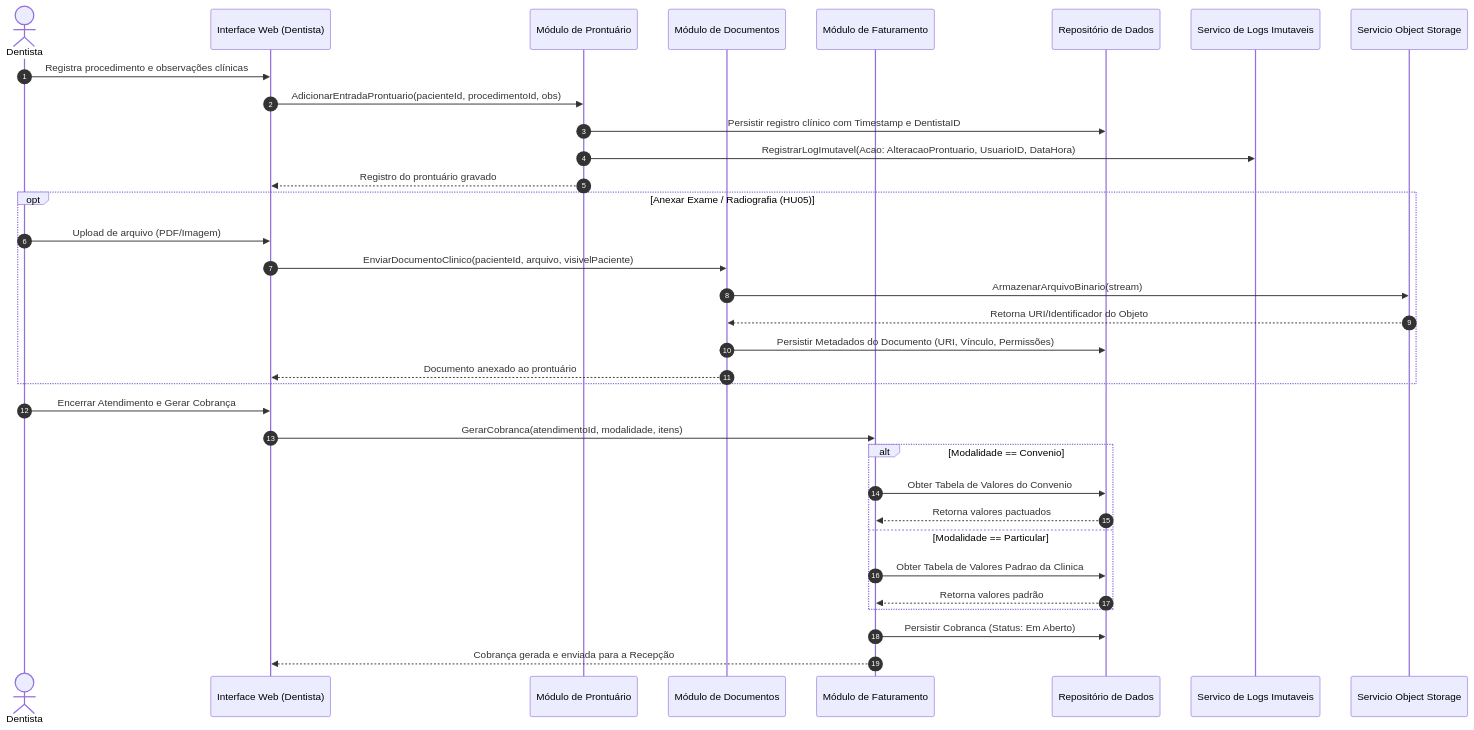
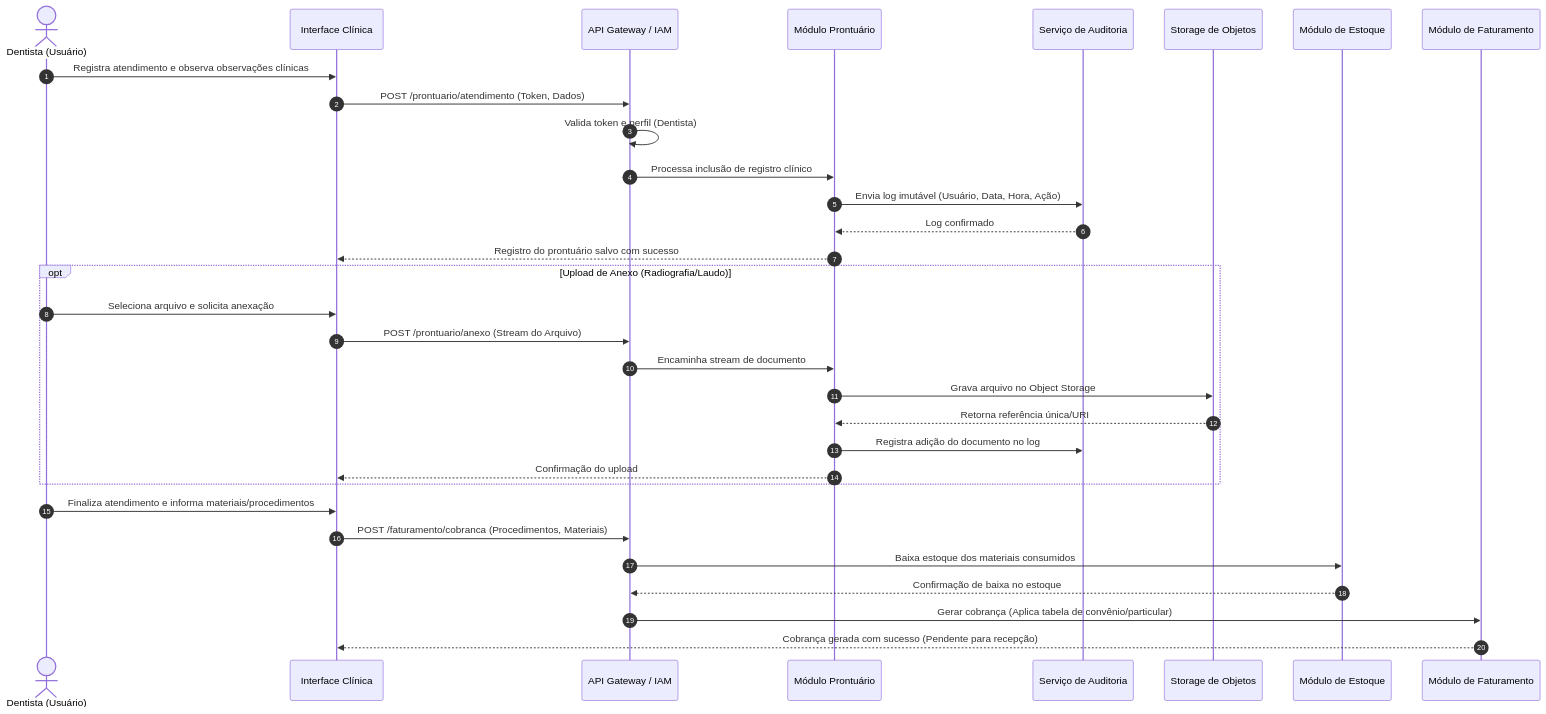
Before and after one commit to PDC-ESIA/AI4ES: the second of 2 diagrams in docs/Time_2_Design/analise-qualitativa/outputs/relatorio_gemini_3_6_flash_M02.md, drawn with Mermaid. The commit also changed other lines of this file and 107 other files, not shown here.

````diff
--- a/docs/Time_2_Design/analise-qualitativa/outputs/relatorio_gemini_3_6_flash_M02.md
+++ b/docs/Time_2_Design/analise-qualitativa/outputs/relatorio_gemini_3_6_flash_M02.md
@@ -115,41 +87,37 @@
 ```mermaid
 sequenceDiagram
     autonumber
-    actor Den as Dentista
-    participant UI as Interface Web (Dentista)
-    participant Pront as Módulo de Prontuário
-    participant DocMod as Módulo de Documentos
-    participant Fin as Módulo de Faturamento
-    participant DB as Repositório de Dados
-    participant Log as Servico de Logs Imutaveis
-    participant ObjStore as Servicio Object Storage
+    actor Dentista as Dentista (Usuário)
+    participant UI as Interface Clínica
+    participant GW as API Gateway / IAM
+    participant PEP as Módulo Prontuário
+    participant AUD as Serviço de Auditoria
+    participant OBJ as Storage de Objetos
+    participant EST as Módulo de Estoque
+    participant FIN as Módulo de Faturamento
 
-    Den ->> UI: Registra procedimento e observações clínicas
-    UI ->> Pront: AdicionarEntradaProntuario(pacienteId, procedimentoId, obs)
-    Pront ->> DB: Persistir registro clínico com Timestamp e DentistaID
-    Pront ->> Log: RegistrarLogImutavel(Acao: AlteracaoProntuario, UsuarioID, DataHora)
-    Pront -->> UI: Registro do prontuário gravado
+    Dentista ->> UI: Registra atendimento e observa observações clínicas
+    UI ->> GW: POST /prontuario/atendimento (Token, Dados)
+    GW ->> GW: Valida token e perfil (Dentista)
+    GW ->> PEP: Processa inclusão de registro clínico
+    PEP ->> AUD: Envia log imutável (Usuário, Data, Hora, Ação)
+    AUD -->> PEP: Log confirmado
+    PEP -->> UI: Registro do prontuário salvo com sucesso
 
-    opt Anexar Exame / Radiografia (HU05)
-        Den ->> UI: Upload de arquivo (PDF/Imagem)
-        UI ->> DocMod: EnviarDocumentoClinico(pacienteId, arquivo, visivelPaciente)
-        DocMod ->> ObjStore: ArmazenarArquivoBinario(stream)
-        ObjStore -->> DocMod: Retorna URI/Identificador do Objeto
-        DocMod ->> DB: Persistir Metadados do Documento (URI, Vínculo, Permissões)
-        DocMod -->> UI: Documento anexado ao prontuário
+    opt Upload de Anexo (Radiografia/Laudo)
+        Dentista ->> UI: Seleciona arquivo e solicita anexação
+        UI ->> GW: POST /prontuario/anexo (Stream do Arquivo)
+        GW ->> PEP: Encaminha stream de documento
+        PEP ->> OBJ: Grava arquivo no Object Storage
+        OBJ -->> PEP: Retorna referência única/URI
+        PEP ->> AUD: Registra adição do documento no log
+        PEP -->> UI: Confirmação do upload
     end
 
-    Den ->> UI: Encerrar Atendimento e Gerar Cobrança
-    UI ->> Fin: GerarCobranca(atendimentoId, modalidade, itens)
-    
-    alt Modalidade == Convenio
-        Fin ->> DB: Obter Tabela de Valores do Convenio
-        DB -->> Fin: Retorna valores pactuados
-    else Modalidade == Particular
-        Fin ->> DB: Obter Tabela de Valores Padrao da Clinica
-        DB -->> Fin: Retorna valores padrão
-    end
-
-    Fin ->> DB: Persistir Cobranca (Status: Em Aberto)
-    Fin -->> UI: Cobrança gerada e enviada para a Recepção
+    Dentista ->> UI: Finaliza atendimento e informa materiais/procedimentos
+    UI ->> GW: POST /faturamento/cobranca (Procedimentos, Materiais)
+    GW ->> EST: Baixa estoque dos materiais consumidos
+    EST -->> GW: Confirmação de baixa no estoque
+    GW ->> FIN: Gerar cobrança (Aplica tabela de convênio/particular)
+    FIN -->> UI: Cobrança gerada com sucesso (Pendente para recepção)
 ```
````
